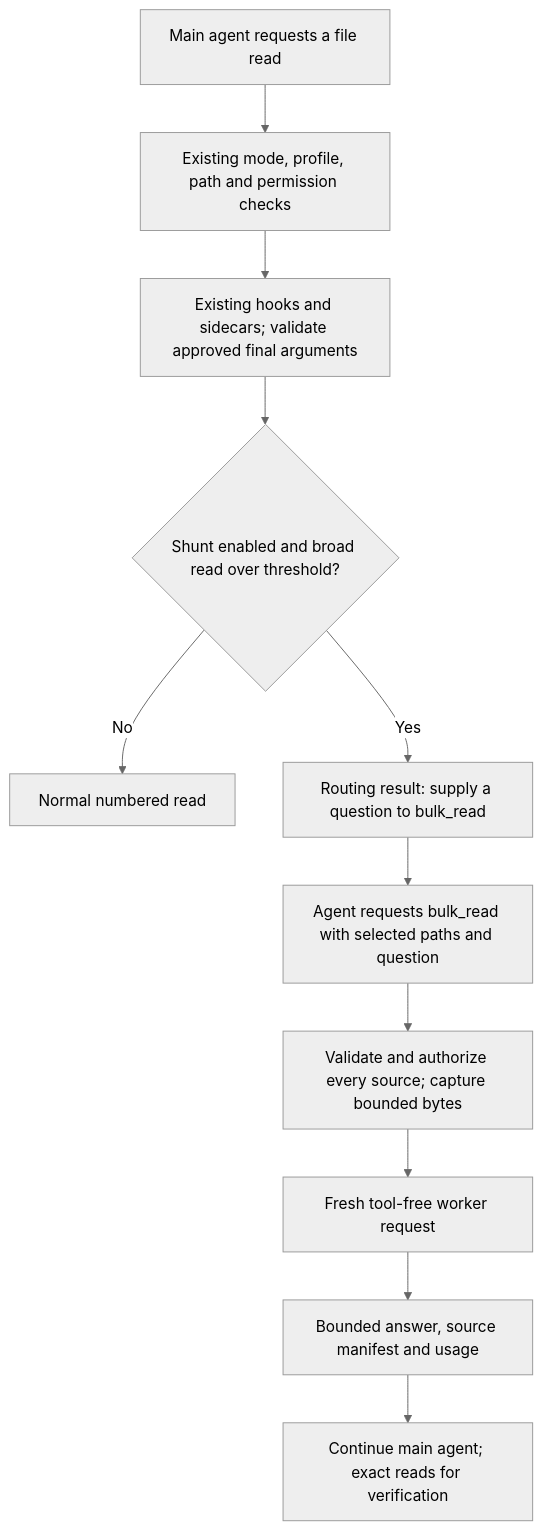
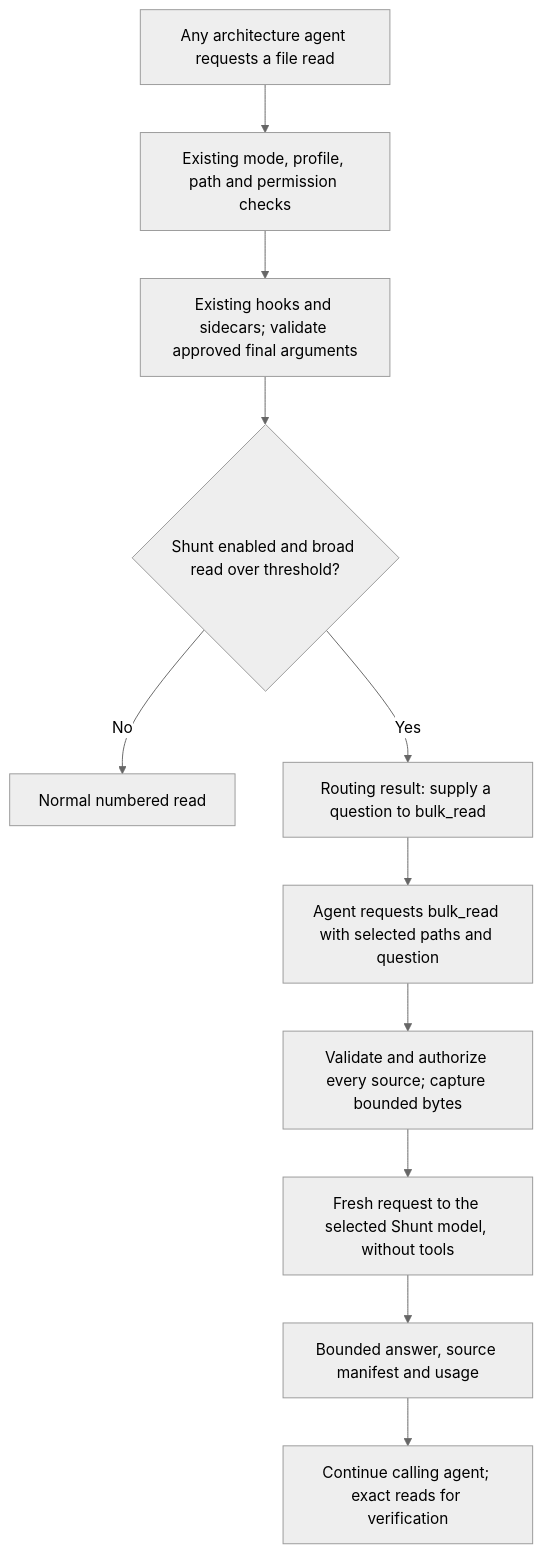
One commit to BerriAI/lite changed the diagram in docs/design-shunt.md. Above: the diagram before and after it, drawn with Mermaid (neutral theme). The commit also changed other lines of this file and 2 other files, not shown here.

Commit message:
docs: define Shunt integration across architectures and setup

````diff
--- a/docs/design-shunt.md
+++ b/docs/design-shunt.md
@@ -122,13 +124,13 @@
 ```mermaid
 flowchart TD
-    A[Main agent requests a file read] --> B[Existing mode, profile, path and permission checks]
+    A[Any architecture agent requests a file read] --> B[Existing mode, profile, path and permission checks]
     B --> C[Existing hooks and sidecars; validate approved final arguments]
     C --> D{Shunt enabled and broad read over threshold?}
     D -->|No| E[Normal numbered read]
     D -->|Yes| F[Routing result: supply a question to bulk_read]
     F --> G[Agent requests bulk_read with selected paths and question]
     G --> H[Validate and authorize every source; capture bounded bytes]
-    H --> I[Fresh tool-free worker request]
+    H --> I[Fresh request to the selected Shunt model, without tools]
     I --> J[Bounded answer, source manifest and usage]
-    J --> K[Continue main agent; exact reads for verification]
+    J --> K[Continue calling agent; exact reads for verification]
 ```
````
